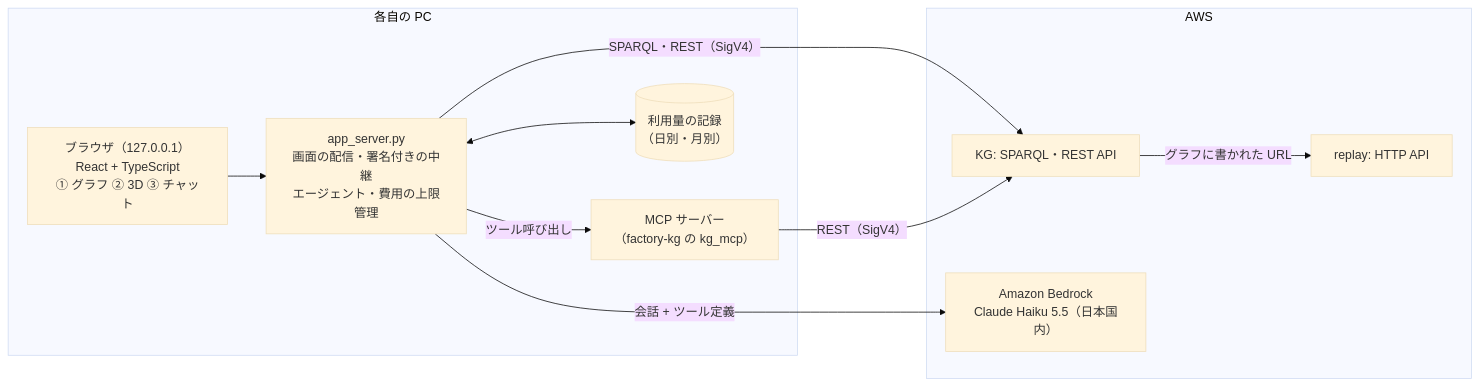
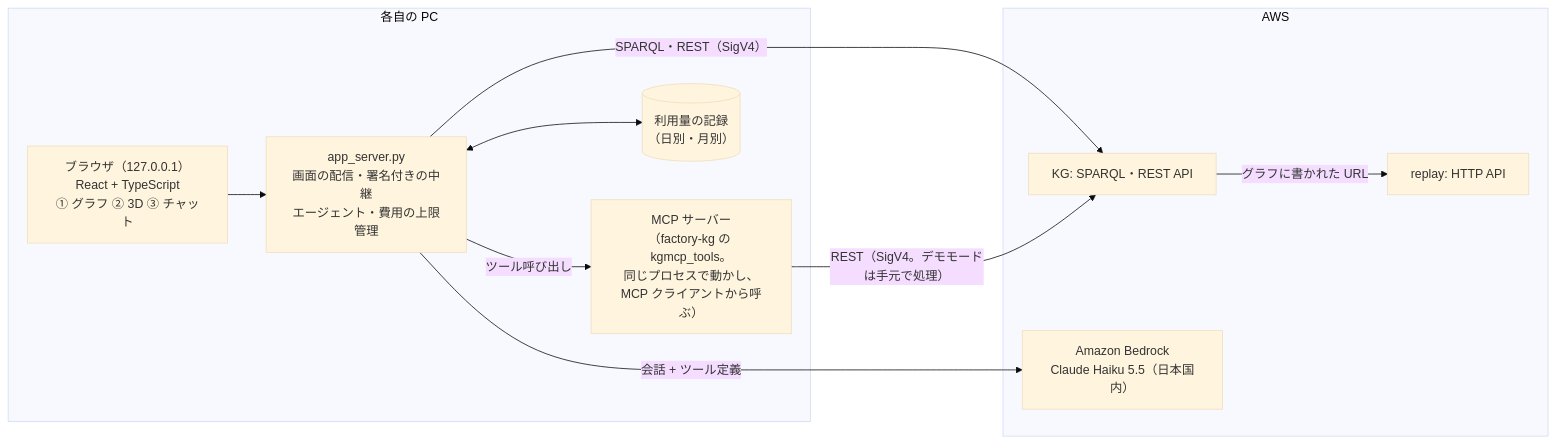
Before and after one commit to nit-kl/IoT_lab: the diagram in factory-app/docs/実現方針.md, drawn with Mermaid (base theme). The commit also changed other lines of this file and 1 other file, not shown here.

````diff
--- a/factory-app/docs/実現方針.md
+++ b/factory-app/docs/実現方針.md
@@ -29,21 +29,21 @@
 ```mermaid
 flowchart LR
   subgraph PC["各自の PC"]
     UI["ブラウザ（127.0.0.1）<br/>React + TypeScript<br/>① グラフ ② 3D ③ チャット"]
     SV["app_server.py<br/>画面の配信・署名付きの中継<br/>エージェント・費用の上限管理"]
-    MCP["MCP サーバー<br/>（factory-kg の kg_mcp）"]
+    MCP["MCP サーバー<br/>（factory-kg の kgmcp_tools。<br/>同じプロセスで動かし、MCP クライアントから呼ぶ）"]
     LEDGER[("利用量の記録<br/>（日別・月別）")]
   end
   subgraph AWS
     KG["KG: SPARQL・REST API"]
     R["replay: HTTP API"]
     BR["Amazon Bedrock<br/>Claude Haiku 5.5（日本国内）"]
   end
   UI --> SV
   SV -->|SPARQL・REST（SigV4）| KG
   KG -->|グラフに書かれた URL| R
   SV -->|会話 + ツール定義| BR
   SV -->|ツール呼び出し| MCP
-  MCP -->|REST（SigV4）| KG
+  MCP -->|REST（SigV4。デモモードは手元で処理）| KG
   SV <--> LEDGER
 ```
````
